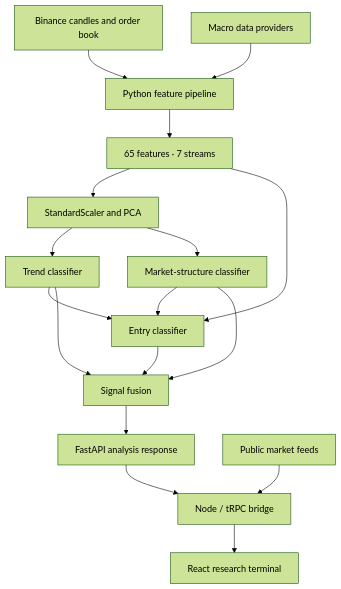
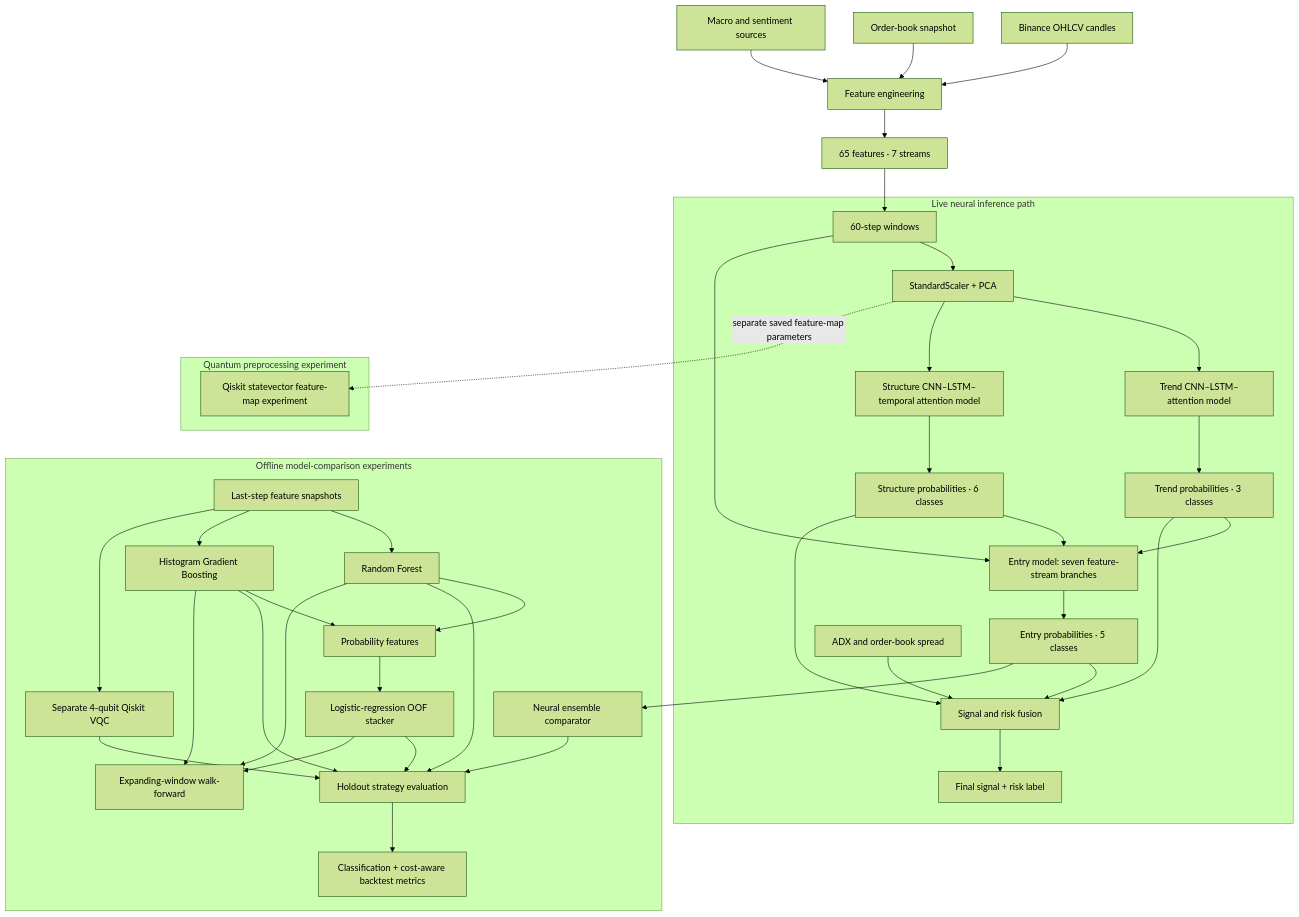
The diagram in README.md (faizyy07/QuantGrad_V5_Complete_All_Frontend_Backend), drawn with Mermaid (forest theme) before and after one commit. The commit also changed other lines of this file, not shown here.

Commit message:
docs: map QuantGrad model architecture and comparison suite

````diff
--- a/README.md
+++ b/README.md
@@ -30,19 +30,48 @@
 ```mermaid
-flowchart TD
-    A[Binance candles and order book] --> D[Python feature pipeline]
-    B[Macro data providers] --> D
-    D --> E[65 features · 7 streams]
-    E --> F[StandardScaler and PCA]
-    F --> G[Trend classifier]
-    F --> H[Market-structure classifier]
-    E --> I[Entry classifier]
-    G --> I
-    H --> I
-    G --> J[Signal fusion]
-    H --> J
-    I --> J
-    J --> K[FastAPI analysis response]
-    K --> L[Node / tRPC bridge]
-    M[Public market feeds] --> L
-    L --> N[React research terminal]
+flowchart TB
+    A[Binance OHLCV candles] --> C[Feature engineering]
+    B[Order-book snapshot] --> C
+    D[Macro and sentiment sources] --> C
+    C --> E[65 features · 7 streams]
+    E --> F[60-step windows]
+
+    subgraph LIVE["Live neural inference path"]
+      F --> G[StandardScaler + PCA]
+      G --> H[Trend CNN–LSTM–attention model]
+      G --> I[Structure CNN–LSTM–temporal attention model]
+      F --> J[Entry model: seven feature-stream branches]
+      H --> K[Trend probabilities · 3 classes]
+      I --> L[Structure probabilities · 6 classes]
+      K --> J
+      L --> J
+      J --> M[Entry probabilities · 5 classes]
+      K --> N[Signal and risk fusion]
+      L --> N
+      M --> N
+      O[ADX and order-book spread] --> N
+      N --> P[Final signal + risk label]
+    end
+
+    subgraph EXP["Offline model-comparison experiments"]
+      Q[Last-step feature snapshots] --> R[Random Forest]
+      Q --> S[Histogram Gradient Boosting]
+      R --> T[Probability features]
+      S --> T
+      T --> U[Logistic-regression OOF stacker]
+      Q --> V[Separate 4-qubit Qiskit VQC]
+      M --> W[Neural ensemble comparator]
+      R --> X[Holdout strategy evaluation]
+      S --> X
+      U --> X
+      V --> X
+      W --> X
+      X --> Y[Classification + cost-aware backtest metrics]
+      R --> Z[Expanding-window walk-forward]
+      S --> Z
+      U --> Z
+    end
+
+    subgraph QEXP["Quantum preprocessing experiment"]
+      G -. separate saved feature-map parameters .-> AA[Qiskit statevector feature-map experiment]
+    end
 ```
````
